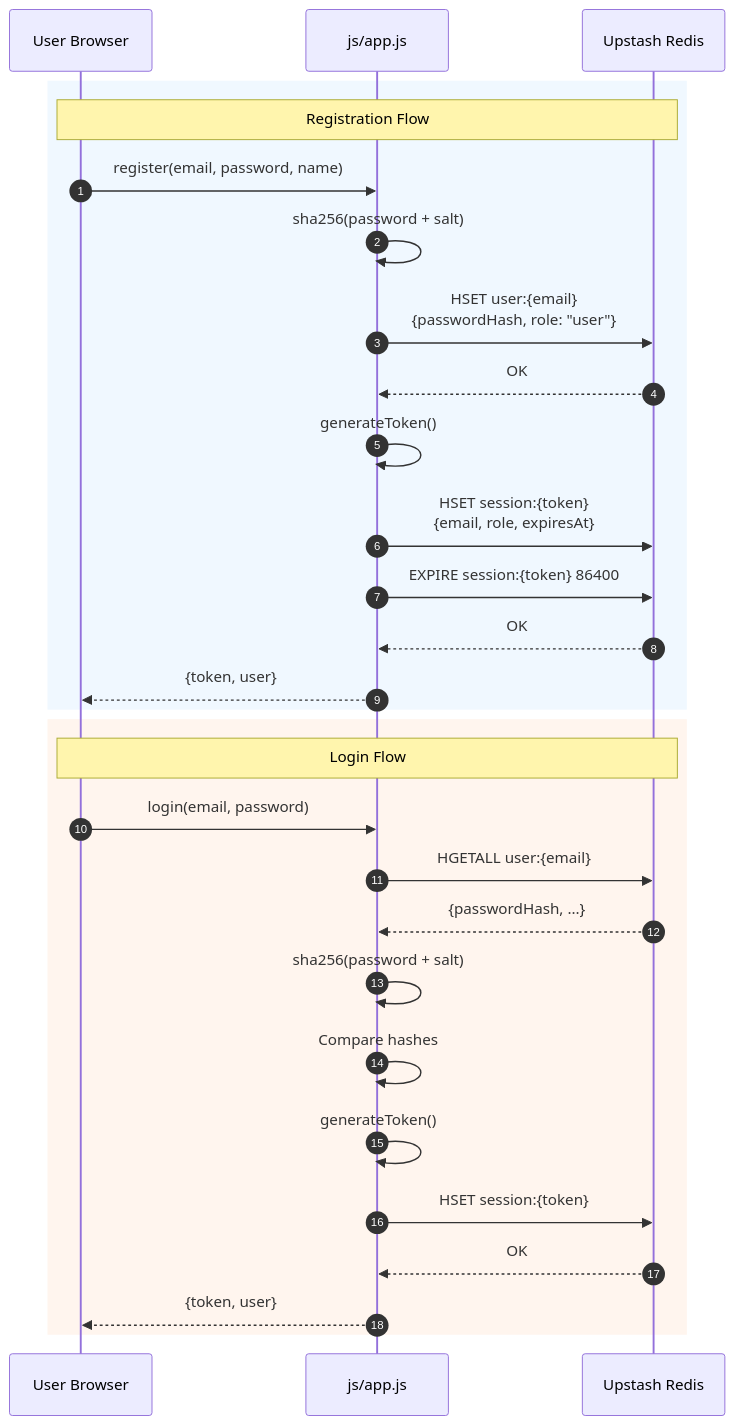
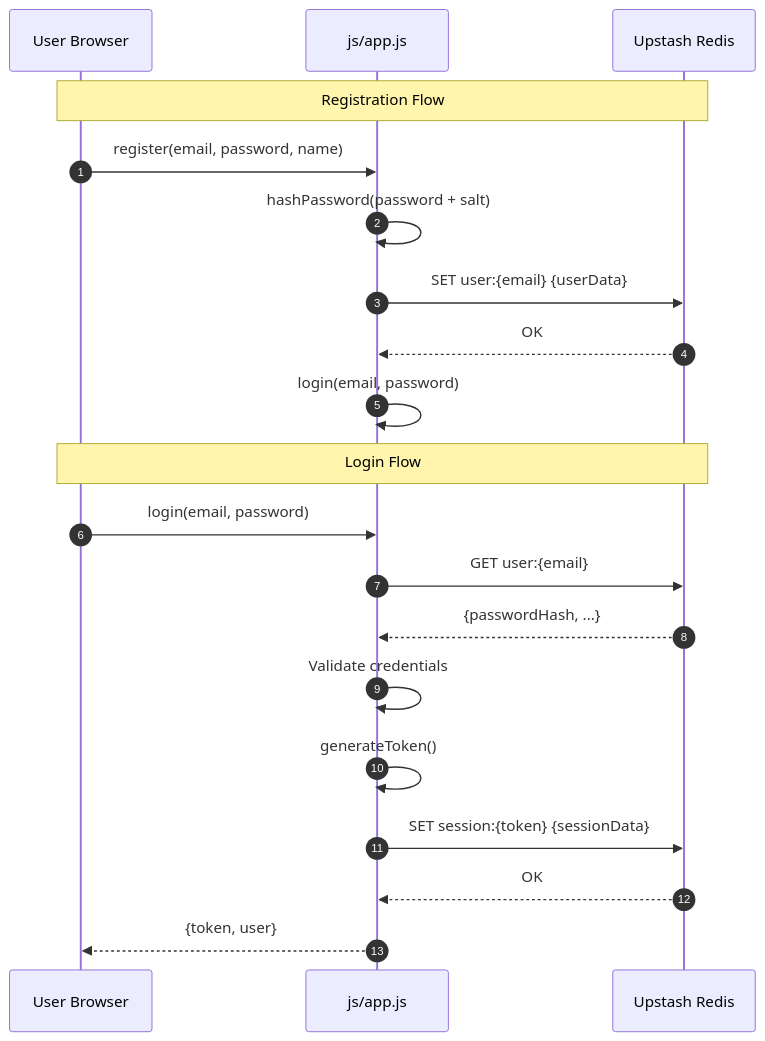
Before and after one commit to wisrovi/wticket: the first of 3 diagrams in README.md, drawn with Mermaid. The commit also changed other lines of this file and 1 other file, not shown here.

Commit message:
fix: use UPSTASH free tier compatible Redis commands and simplify README diagrams

````diff
--- a/README.md
+++ b/README.md
@@ -143,33 +129,26 @@
 ```mermaid
 sequenceDiagram
     autonumber
     participant U as User Browser
     participant App as js/app.js
     participant R as Upstash Redis
     
-    rect rgb(240, 248, 255)
-        Note over U,R: Registration Flow
-        U->>App: register(email, password, name)
-        App->>App: sha256(password + salt)
-        App->>R: HSET user:{email}<br/>{passwordHash, role: "user"}
-        R-->>App: OK
-        App->>App: generateToken()
-        App->>R: HSET session:{token}<br/>{email, role, expiresAt}
-        App->>R: EXPIRE session:{token} 86400
-        R-->>App: OK
-        App-->>U: {token, user}
-    end
+    Note over U,R: Registration Flow
     
-    rect rgb(255, 245, 238)
-        Note over U,R: Login Flow
-        U->>App: login(email, password)
-        App->>R: HGETALL user:{email}
-        R-->>App: {passwordHash, ...}
-        App->>App: sha256(password + salt)
-        App->>App: Compare hashes
-        App->>App: generateToken()
-        App->>R: HSET session:{token}
-        R-->>App: OK
-        App-->>U: {token, user}
-    end
+    U->>App: register(email, password, name)
+    App->>App: hashPassword(password + salt)
+    App->>R: SET user:{email} {userData}
+    R-->>App: OK
+    App->>App: login(email, password)
+    
+    Note over U,R: Login Flow
+    
+    U->>App: login(email, password)
+    App->>R: GET user:{email}
+    R-->>App: {passwordHash, ...}
+    App->>App: Validate credentials
+    App->>App: generateToken()
+    App->>R: SET session:{token} {sessionData}
+    R-->>App: OK
+    App-->>U: {token, user}
 ```
````
